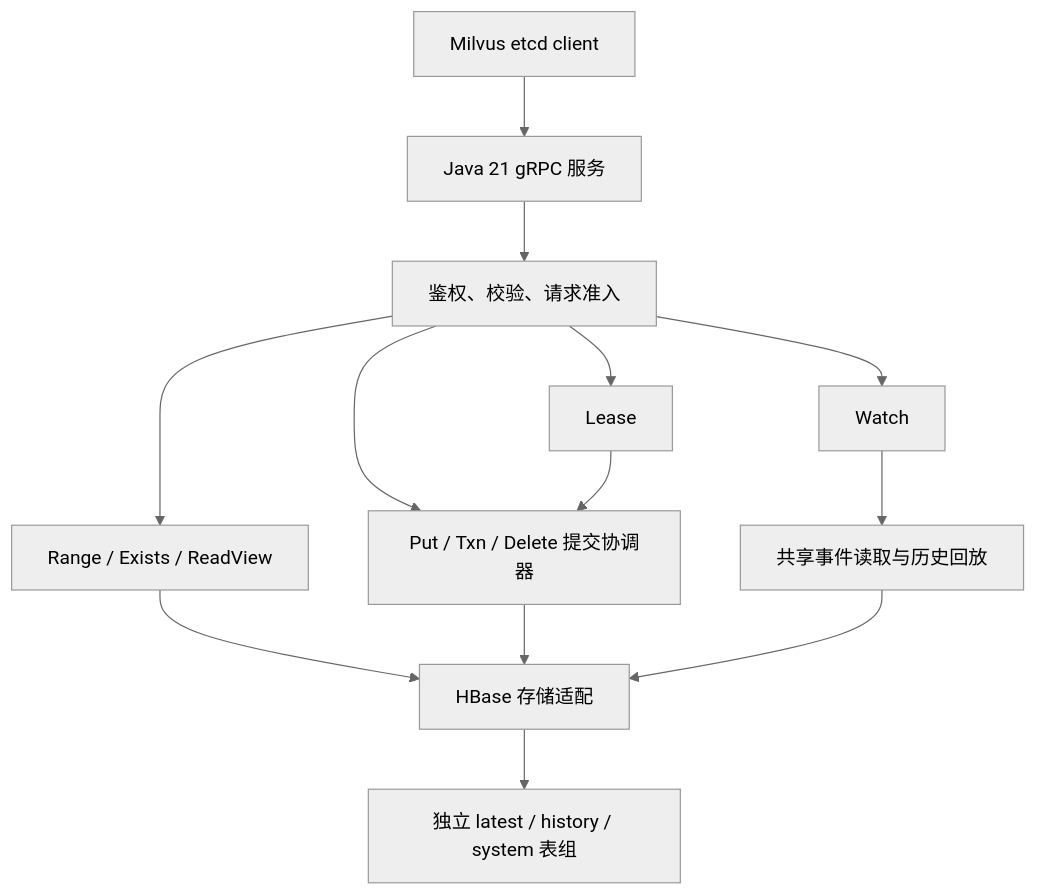
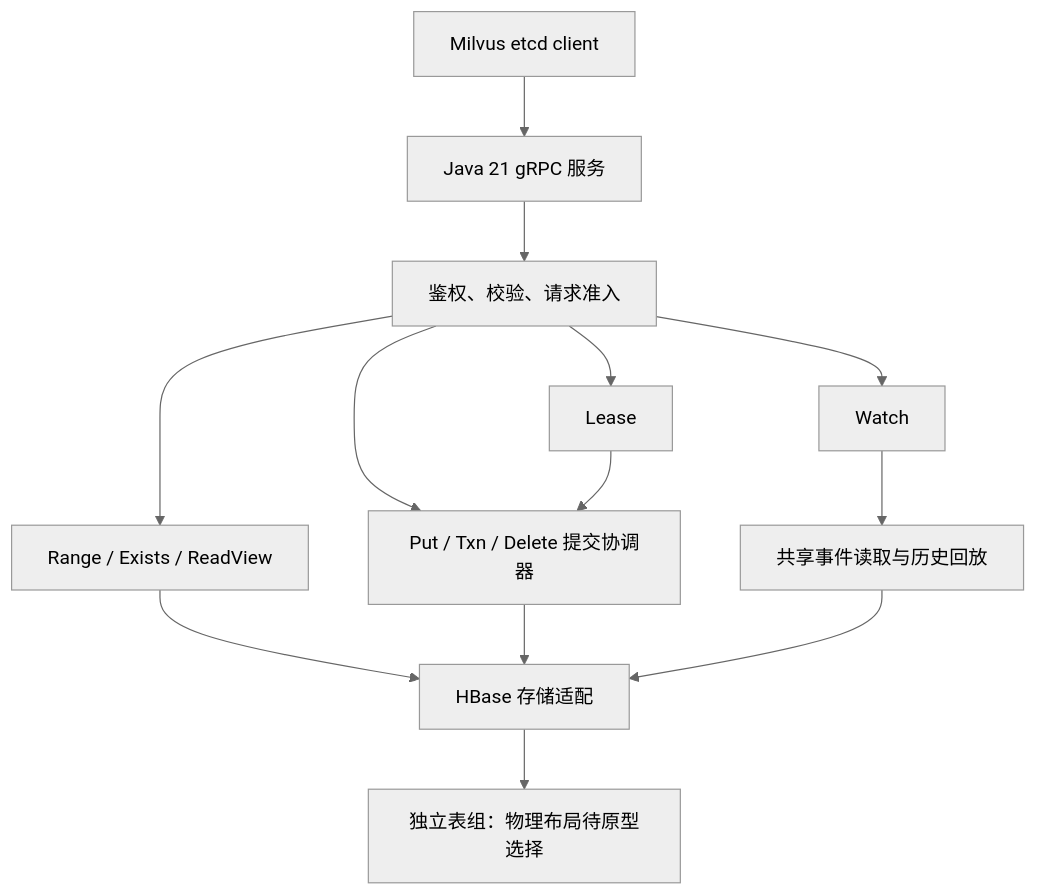
Before and after one commit to Huginn-kio/etcd-hbase: the diagram in DEVELOPMENT_PLAN.md, drawn with Mermaid (neutral theme). The commit also changed other lines of this file and 1 other file, not shown here.

````diff
--- a/DEVELOPMENT_PLAN.md
+++ b/DEVELOPMENT_PLAN.md
@@ -178,15 +184,15 @@
 ```mermaid
 flowchart TD
     A[Milvus etcd client] --> B[Java 21 gRPC 服务]
     B --> C[鉴权、校验、请求准入]
     C --> R[Range / Exists / ReadView]
     C --> T[Put / Txn / Delete 提交协调器]
     C --> L[Lease]
     C --> W[Watch]
     L --> T
     W --> E[共享事件读取与历史回放]
     R --> H[HBase 存储适配]
     T --> H
     E --> H
-    H --> P[独立 latest / history / system 表组]
+    H --> P[独立表组：物理布局待原型选择]
 ```
````
